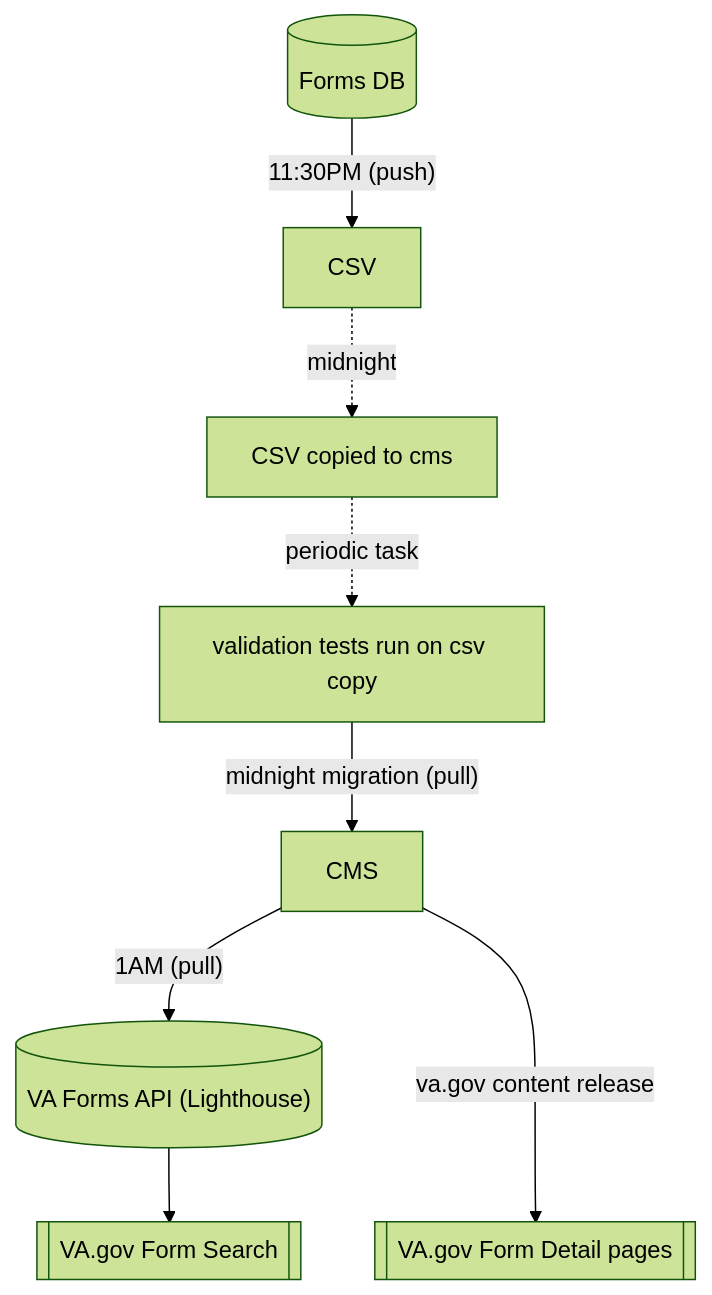
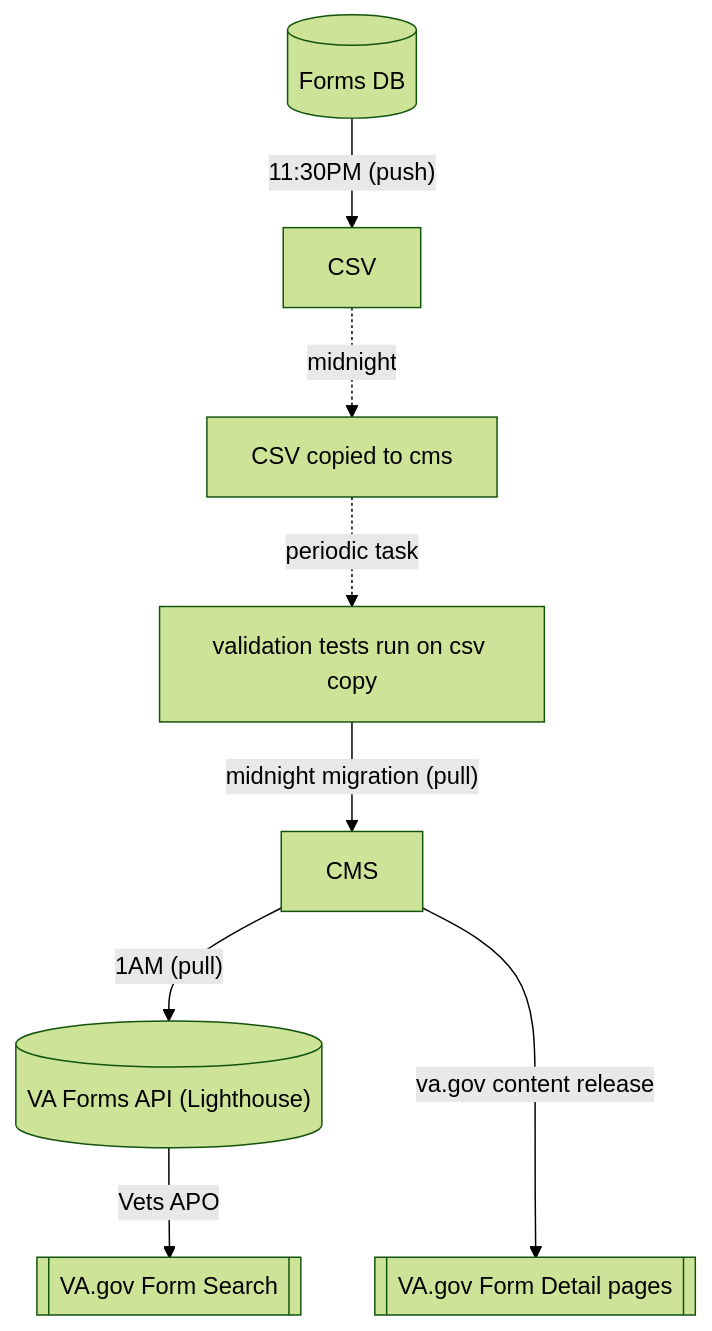
One commit to department-of-veterans-affairs/va.gov-cms changed the diagram in READMES/migrations-forms.md. Above: the diagram before and after it, drawn with Mermaid (forest theme).

Commit message:
[DOCS] Added Vets API to form search diagram.

````diff
--- a/READMES/migrations-forms.md
+++ b/READMES/migrations-forms.md
@@ -14,10 +14,10 @@
 ```mermaid
   graph TD;
     fdb[(Forms DB)] -- "11:30PM (push)" --> csv1[CSV]
     csv1 -. midnight .-> csv2[CSV copied to cms]
     csv2 -. periodic task .-> csv3[validation tests run on csv copy]
     csv3 -- "midnight migration (pull)" --> cms[CMS]
     cms-- "1AM (pull)" -->formapi[("VA Forms API (Lighthouse)")]
     cms -- va.gov content release --->fe[[VA.gov Form Detail pages]]
-    formapi-->formsearch[[VA.gov Form Search]]
+    formapi-- Vets APO -->formsearch[[VA.gov Form Search]]
 ```
````
